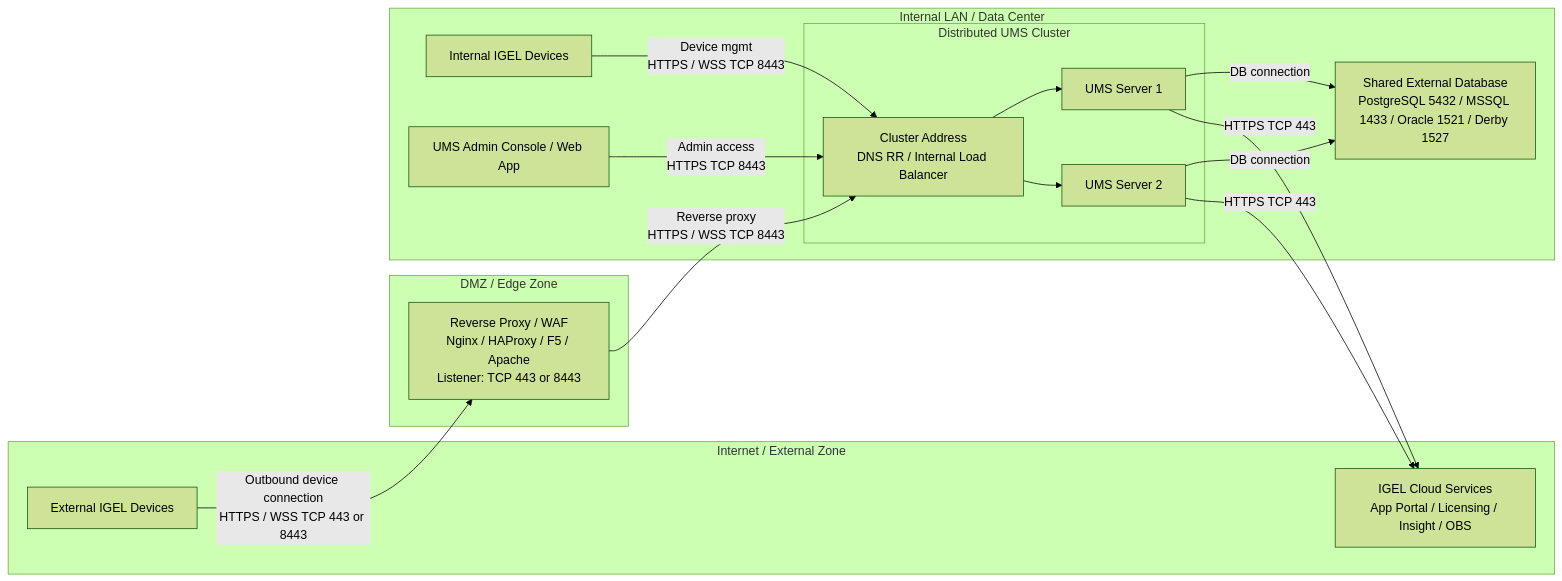
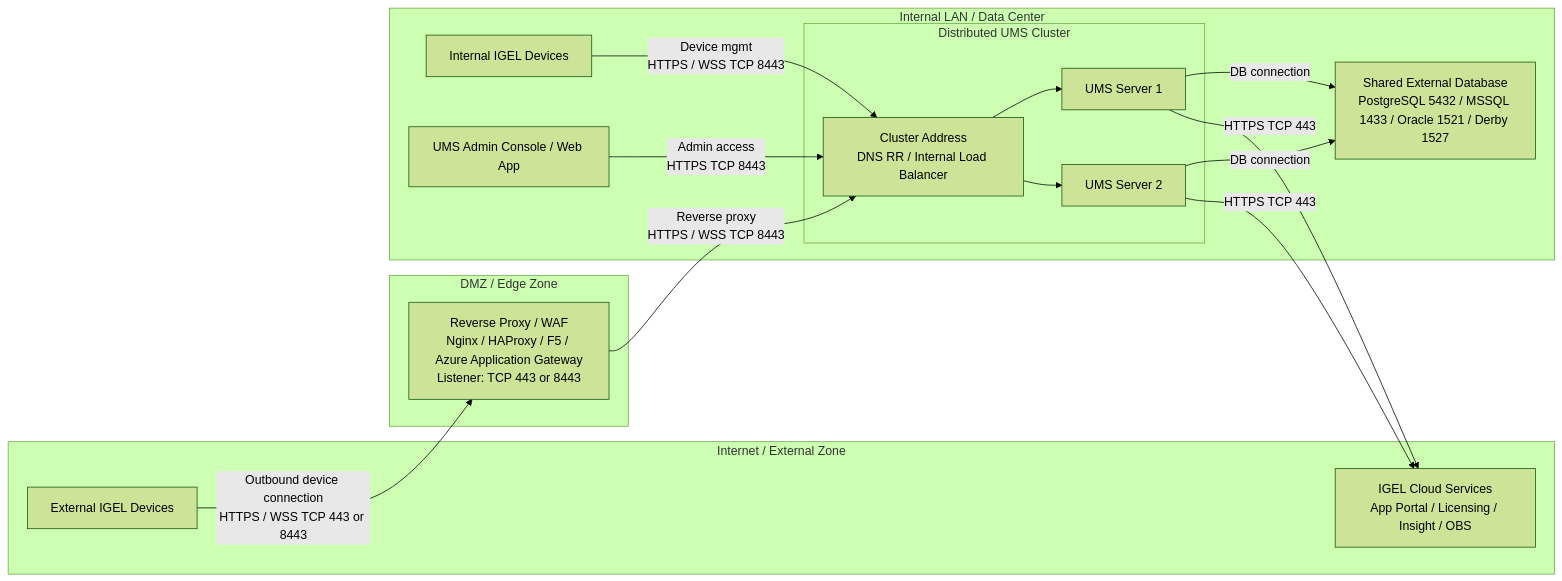
Before and after one commit to IGEL-Community/IGEL-Docs-v02: the third of 9 diagrams in docs/Docs/HOWTO-Basic-Setup-Guide.md, drawn with Mermaid (forest theme). The commit also changed other lines of this file, not shown here.

Commit message:
updated mermaid diagrams updated mermaid diagrams

````diff
--- a/docs/Docs/HOWTO-Basic-Setup-Guide.md
+++ b/docs/Docs/HOWTO-Basic-Setup-Guide.md
@@ -311,71 +311,71 @@
 ```mermaid
 flowchart LR
 
 %% =========================
 %% ZONES
 %% =========================
 subgraph Internet["Internet / External Zone"]
     EXT["External IGEL Devices"]
     CLOUD["IGEL Cloud Services<br/>App Portal / Licensing / Insight / OBS"]
 end
 
 subgraph DMZ["DMZ / Edge Zone"]
-    RP["Reverse Proxy / WAF<br/>Nginx / HAProxy / F5 / Apache<br/>Listener: TCP 443 or 8443"]
+    RP["Reverse Proxy / WAF<br/>Nginx / HAProxy / F5 / Azure Application Gateway<br/>Listener: TCP 443 or 8443"]
 end
 
 subgraph LAN["Internal LAN / Data Center"]
 
     INT["Internal IGEL Devices"]
 
     subgraph UMSCLUSTER["Distributed UMS Cluster"]
         LB["Cluster Address<br/>DNS RR / Internal Load Balancer"]
         UMS1["UMS Server 1"]
         UMS2["UMS Server 2"]
     end
 
     DB["Shared External Database<br/>PostgreSQL 5432 / MSSQL 1433 / Oracle 1521 / Derby 1527"]
 
     ADM["UMS Admin Console / Web App"]
 
 end
 
 %% =========================
 %% INTERNAL DEVICES
 %% =========================
 INT -->|"Device mgmt<br/>HTTPS / WSS TCP 8443"| LB
 LB --> UMS1
 LB --> UMS2
 
 %% =========================
 %% EXTERNAL DEVICES
 %% =========================
 EXT -->|"Outbound device connection<br/>HTTPS / WSS TCP 443 or 8443"| RP
 
 RP -->|"Reverse proxy<br/>HTTPS / WSS TCP 8443"| LB
 
 %% =========================
 %% ADMIN ACCESS
 %% =========================
 ADM -->|"Admin access<br/>HTTPS TCP 8443"| LB
 
 %% =========================
 %% UMS DATABASE
 %% =========================
 UMS1 -->|"DB connection"| DB
 UMS2 -->|"DB connection"| DB
 
 %% =========================
 %% CLOUD SERVICES
 %% =========================
 UMS1 -->|"HTTPS TCP 443"| CLOUD
 UMS2 -->|"HTTPS TCP 443"| CLOUD
 
 %% =========================
 %% STYLING
 %% =========================
 
 class Internet,DMZ,LAN,UMSCLUSTER zone;
 class EXT,INT,RP,LB,UMS1,UMS2,ADM core;
 class DB db;
 class CLOUD cloud;
 ```
````
